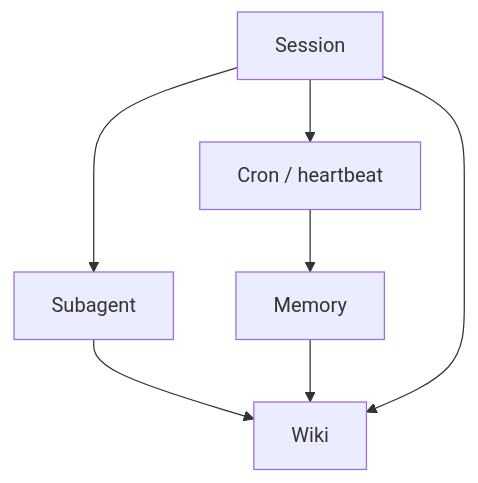
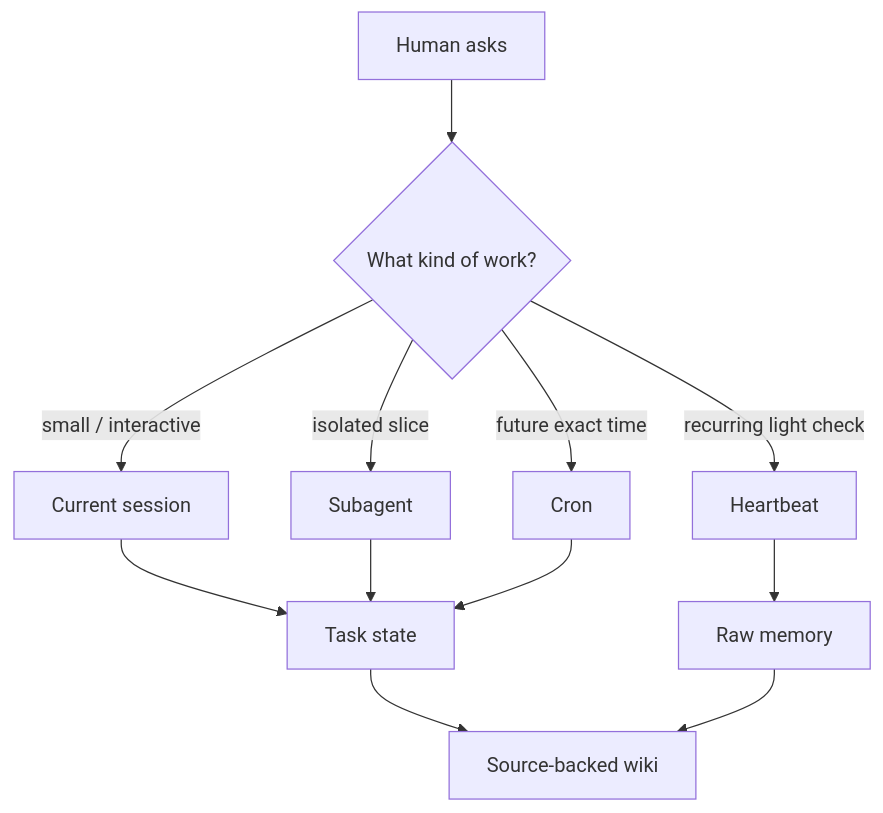
Before and after one commit to tarscasechan/openclaw: the diagram in _posts/2026-04-29-openclaw-orchestration.md, drawn with Mermaid. The commit also changed other lines of this file and 6 other files, not shown here.

````diff
--- a/_posts/2026-04-29-openclaw-orchestration.md
+++ b/_posts/2026-04-29-openclaw-orchestration.md
@@ -19,9 +41,15 @@
 ```mermaid
 flowchart TB
-  S[Session] --> A[Subagent]
-  S --> C[Cron / heartbeat]
-  C --> M[Memory]
-  A --> W[Wiki]
-  M --> W
-  S --> W
+  Ask[Human asks] --> Decide{What kind of work?}
+  Decide -->|small / interactive| Session[Current session]
+  Decide -->|isolated slice| Subagent[Subagent]
+  Decide -->|future exact time| Cron[Cron]
+  Decide -->|recurring light check| Heartbeat[Heartbeat]
+
+  Session --> Task[Task state]
+  Subagent --> Task
+  Cron --> Task
+  Heartbeat --> Memory[Raw memory]
+  Task --> Wiki[Source-backed wiki]
+  Memory --> Wiki
 ```
````
